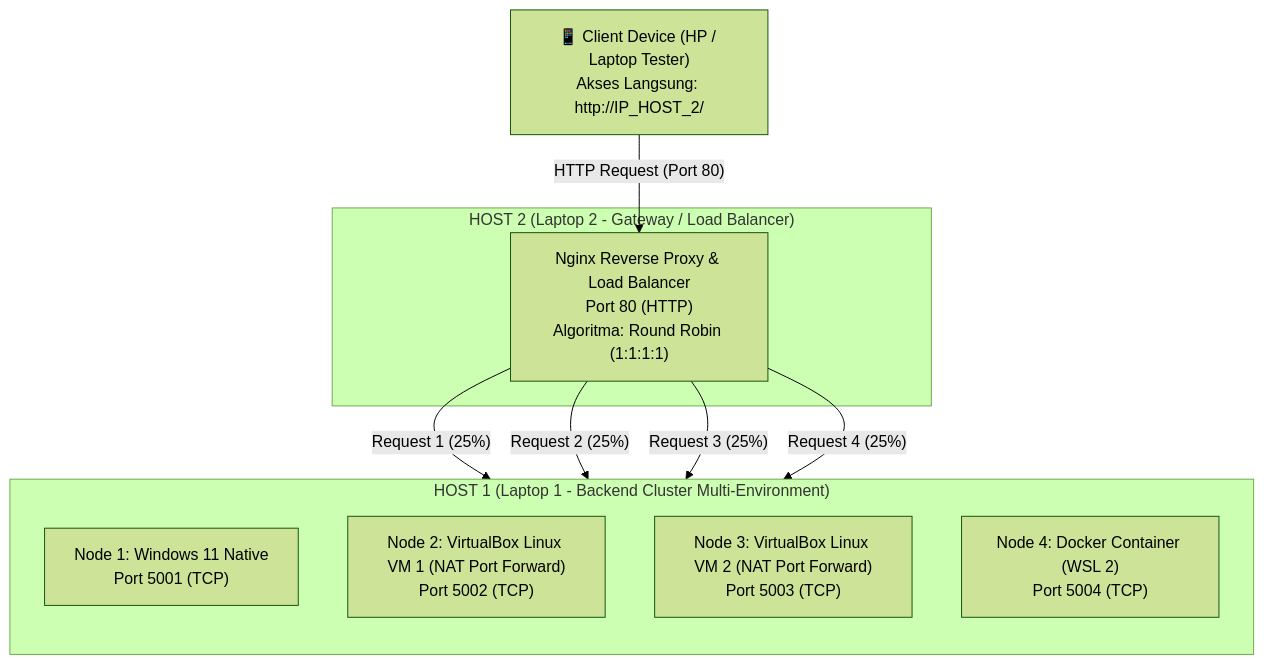
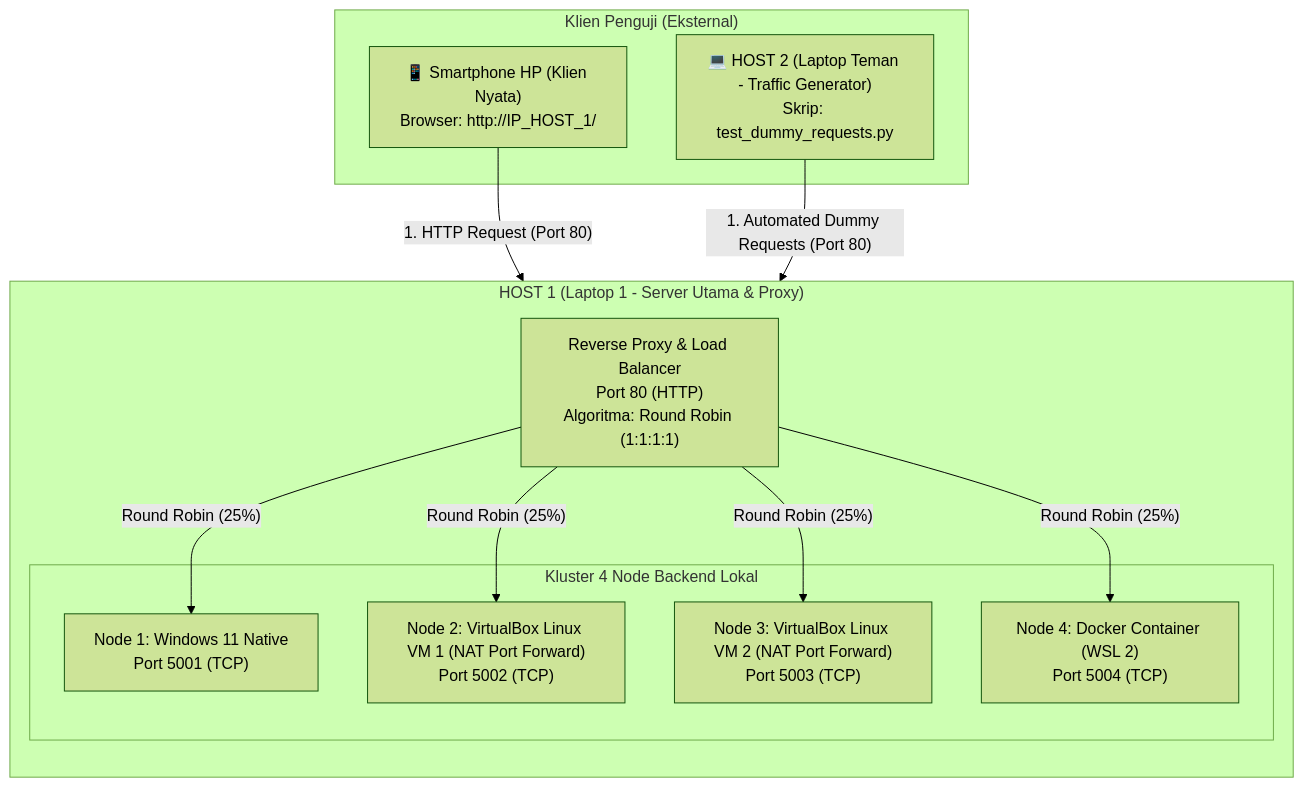
One commit to nicholasbenaya/JARKOMLAN changed the second of 2 diagrams in tugas-3/README.md. Above: the diagram before and after it, drawn with Mermaid (forest theme). The commit also changed other lines of this file and 9 other files, not shown here.

Commit message:
refactor(tugas-3): standarisasi arsitektur Model A (Host 1 sebagai server & proxy terpusat, Host 2 sebagai origin & tester)

````diff
--- a/tugas-3/README.md
+++ b/tugas-3/README.md
@@ -55,22 +55,26 @@
 ```mermaid
 flowchart TB
-    Client["📱 Client Device (HP / Laptop Tester)\nAkses Langsung: http://IP_HOST_2/"]
-
-    subgraph H2["HOST 2 (Laptop 2 - Gateway / Load Balancer)"]
-        nginx["Nginx Reverse Proxy & Load Balancer\nPort 80 (HTTP)\nAlgoritma: Round Robin (1:1:1:1)"]
+    subgraph Clients["Klien Penguji (Eksternal)"]
+        HP["📱 Smartphone HP (Klien Nyata)\nBrowser: http://IP_HOST_1/"]
+        H2["💻 HOST 2 (Laptop Teman - Traffic Generator)\nSkrip: test_dummy_requests.py"]
     end
 
-    subgraph H1["HOST 1 (Laptop 1 - Backend Cluster Multi-Environment)"]
+    subgraph H1["HOST 1 (Laptop 1 - Server Utama & Proxy)"]
         direction TB
-        node1["Node 1: Windows 11 Native\nPort 5001 (TCP)"]
-        node2["Node 2: VirtualBox Linux VM 1 (NAT Port Forward)\nPort 5002 (TCP)"]
-        node3["Node 3: VirtualBox Linux VM 2 (NAT Port Forward)\nPort 5003 (TCP)"]
-        node4["Node 4: Docker Container (WSL 2)\nPort 5004 (TCP)"]
+        nginx["Reverse Proxy & Load Balancer\nPort 80 (HTTP)\nAlgoritma: Round Robin (1:1:1:1)"]
+
+        subgraph Cluster["Kluster 4 Node Backend Lokal"]
+            node1["Node 1: Windows 11 Native\nPort 5001 (TCP)"]
+            node2["Node 2: VirtualBox Linux VM 1 (NAT Port Forward)\nPort 5002 (TCP)"]
+            node3["Node 3: VirtualBox Linux VM 2 (NAT Port Forward)\nPort 5003 (TCP)"]
+            node4["Node 4: Docker Container (WSL 2)\nPort 5004 (TCP)"]
+        end
     end
 
-    Client -->|"HTTP Request (Port 80)"| nginx
-    nginx -->|"Request 1 (25%)"| node1
-    nginx -->|"Request 2 (25%)"| node2
-    nginx -->|"Request 3 (25%)"| node3
-    nginx -->|"Request 4 (25%)"| node4
+    HP -->|"1. HTTP Request (Port 80)"| nginx
+    H2 -->|"1. Automated Dummy Requests (Port 80)"| nginx
+    nginx -->|"Round Robin (25%)"| node1
+    nginx -->|"Round Robin (25%)"| node2
+    nginx -->|"Round Robin (25%)"| node3
+    nginx -->|"Round Robin (25%)"| node4
 ```
````
